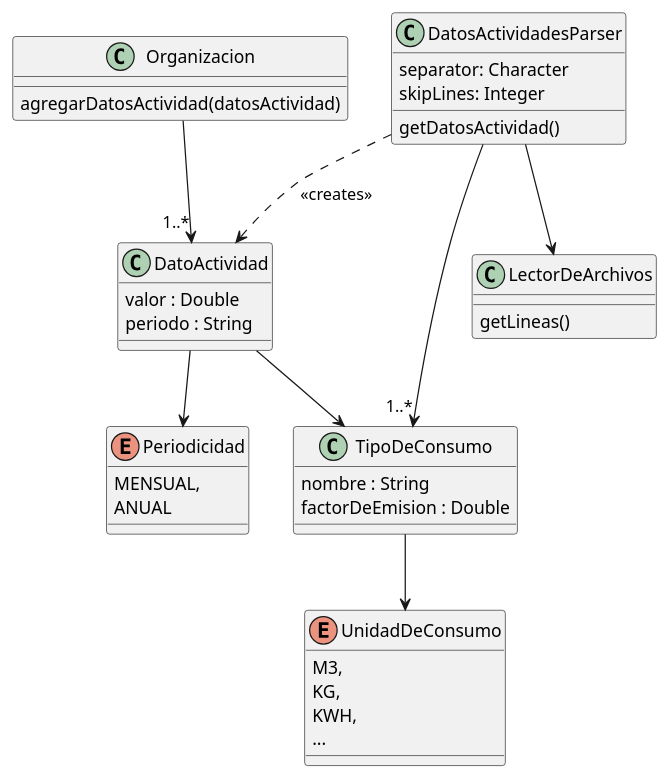
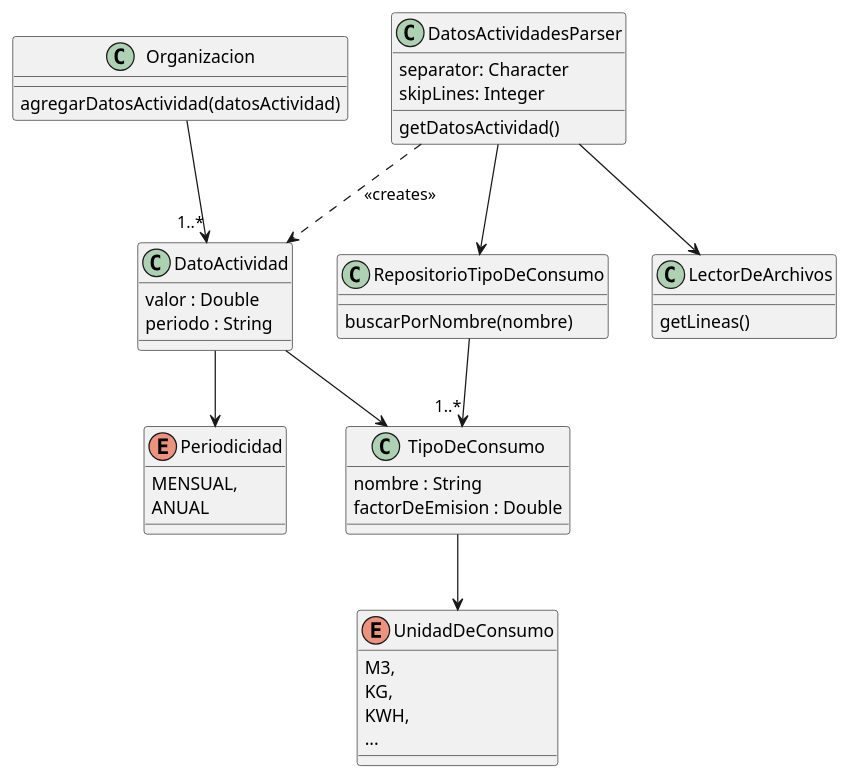
Before and after one commit to RaniAgus/dds-2022: the diagram in docs/tpa2/tpa2-datos-actividad.puml, drawn with PlantUML. The commit also changed 3 other files, not shown here.

Commit message:
agrego repositorio de tipos de consumo

```diff
--- a/docs/tpa2/tpa2-datos-actividad.puml
+++ b/docs/tpa2/tpa2-datos-actividad.puml
@@ -1,50 +1,56 @@
 @startuml
 
 class Organizacion {
     agregarDatosActividad(datosActividad)
 }
 
 Organizacion --> "1..*" DatoActividad
 
 class DatosActividadesParser {
     separator: Character
     skipLines: Integer
     getDatosActividad()
 }
 
 DatosActividadesParser --> LectorDeArchivos
-DatosActividadesParser --> "1..*" TipoDeConsumo
+DatosActividadesParser --> RepositorioTipoDeConsumo
 DatosActividadesParser ..> DatoActividad : <<creates>>
 
 class LectorDeArchivos {
     getLineas()
 }
 
 class DatoActividad {
     valor : Double
     periodo : String
 }
 
 DatoActividad --> TipoDeConsumo
 DatoActividad --> Periodicidad
+
+class RepositorioTipoDeConsumo {
+    buscarPorNombre(nombre)
+}
+
+RepositorioTipoDeConsumo --> "1..*" TipoDeConsumo
 
 class TipoDeConsumo {
     nombre : String
     factorDeEmision : Double
 }
 
 TipoDeConsumo --> UnidadDeConsumo
 
 enum UnidadDeConsumo {
     M3,
     KG,
     KWH,
     ...
 }
 
 enum Periodicidad {
     MENSUAL,
     ANUAL
 }
 
 @enduml
```
